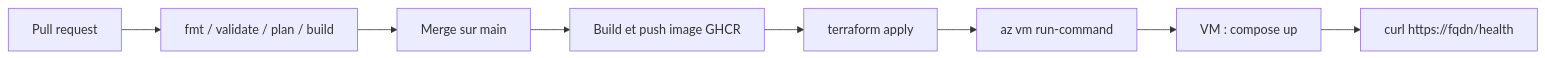
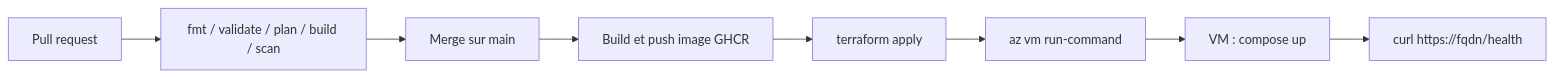
One commit to adam-benyekkou/demo-cours-docker-intro changed the diagram in README.md. Above: the diagram before and after it, drawn with Mermaid. The commit also changed other lines of this file, not shown here.

````diff
--- a/README.md
+++ b/README.md
@@ -24,10 +24,10 @@
 ```mermaid
 flowchart LR
-  PR[Pull request] --> Checks[fmt / validate / plan / build]
+  PR[Pull request] --> Checks[fmt / validate / plan / build / scan]
   Checks --> Merge[Merge sur main]
   Merge --> Build[Build et push image GHCR]
   Build --> TF[terraform apply]
   TF --> Deploy[az vm run-command]
   Deploy --> VM[VM : compose up]
   VM --> Smoke[curl https://fqdn/health]
 ```
````
